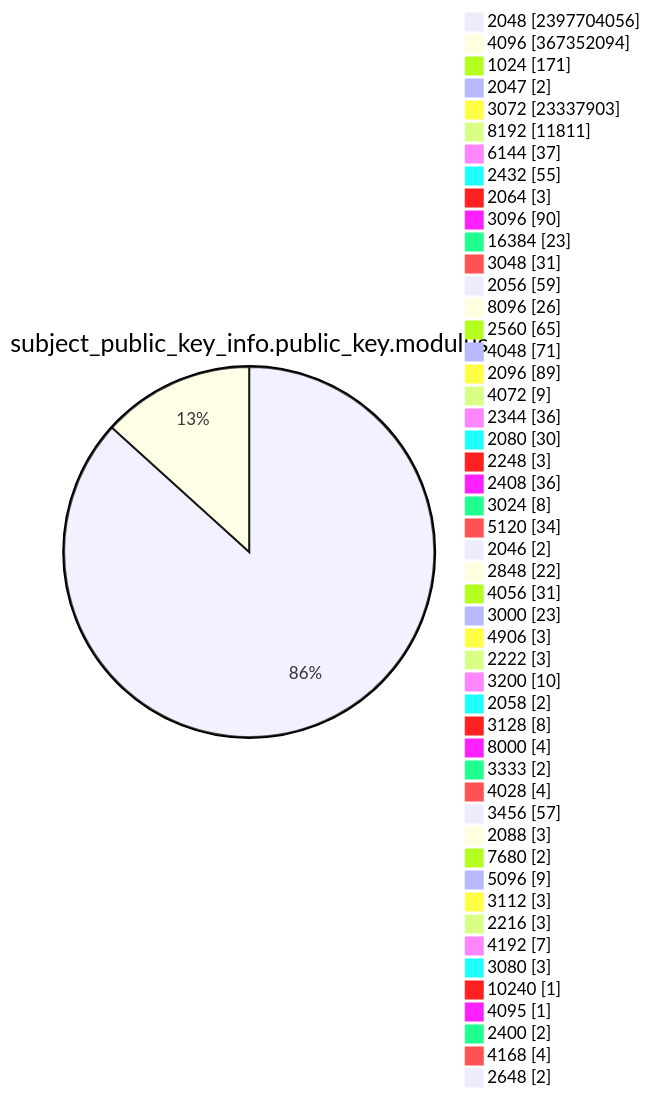
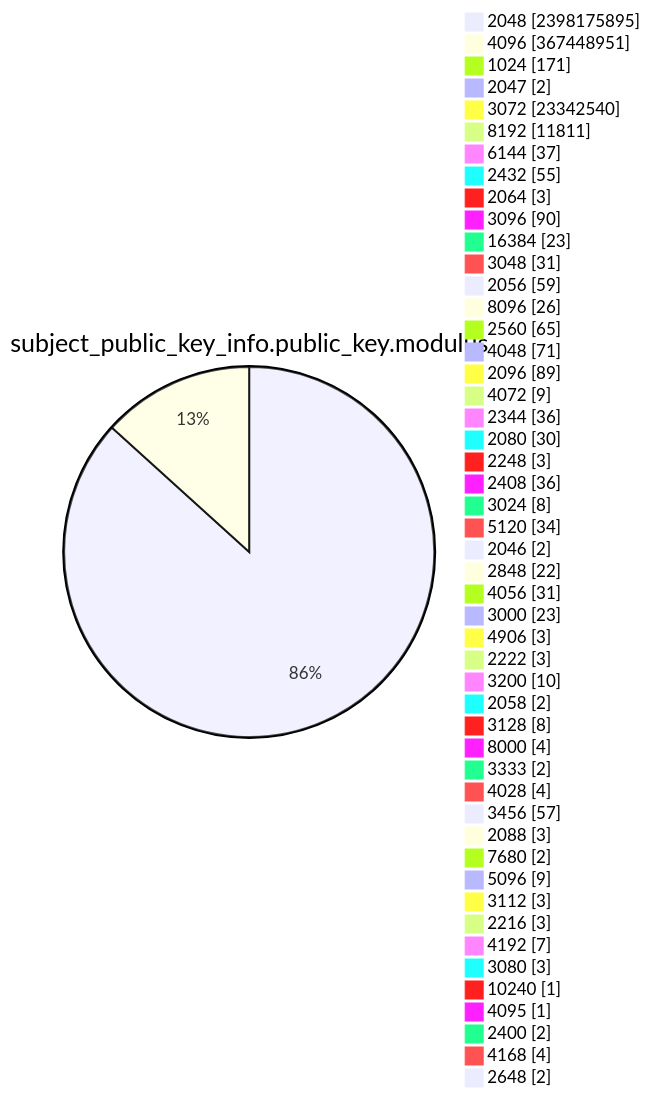
Diagram 13 of 15 in TOTAL/README.md (christiankrug/ctmonitor_visualization), drawn with Mermaid before and after one commit. The commit also changed other lines of this file, not shown here.

````diff
--- a/TOTAL/README.md
+++ b/TOTAL/README.md
@@ -4167,53 +4167,53 @@
 ```mermaid
 pie showData
 title subject_public_key_info.public_key.modulus
-"2048" :2397704056
-"4096" :367352094
+"2048" :2398175895
+"4096" :367448951
 "1024" :171
 "2047" :2
-"3072" :23337903
+"3072" :23342540
 "8192" :11811
 "6144" :37
 "2432" :55
 "2064" :3
 "3096" :90
 "16384" :23
 "3048" :31
 "2056" :59
 "8096" :26
 "2560" :65
 "4048" :71
 "2096" :89
 "4072" :9
 "2344" :36
 "2080" :30
 "2248" :3
 "2408" :36
 "3024" :8
 "5120" :34
 "2046" :2
 "2848" :22
 "4056" :31
 "3000" :23
 "4906" :3
 "2222" :3
 "3200" :10
 "2058" :2
 "3128" :8
 "8000" :4
 "3333" :2
 "4028" :4
 "3456" :57
 "2088" :3
 "7680" :2
 "5096" :9
 "3112" :3
 "2216" :3
 "4192" :7
 "3080" :3
 "10240" :1
 "4095" :1
 "2400" :2
 "4168" :4
 "2648" :2
 ```
````
